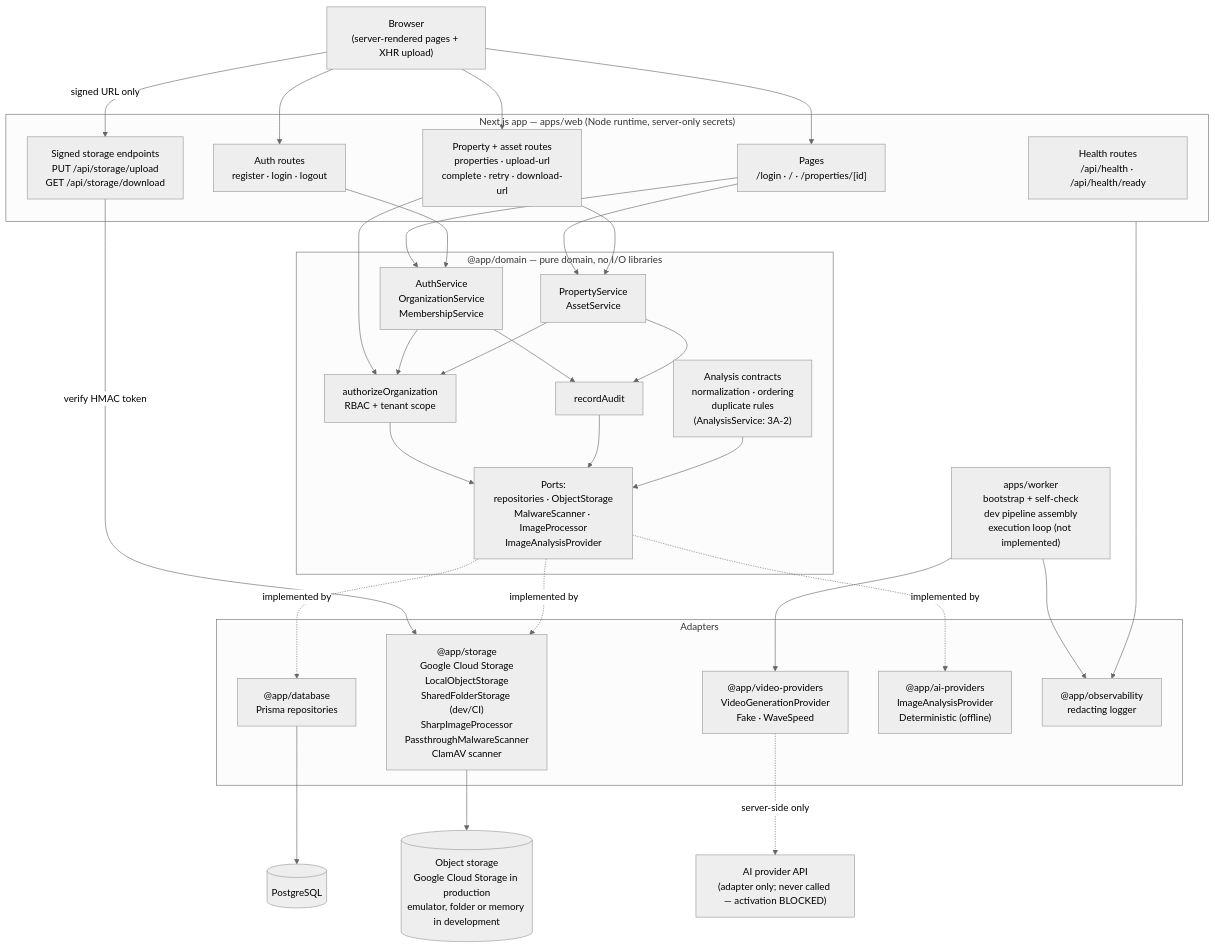
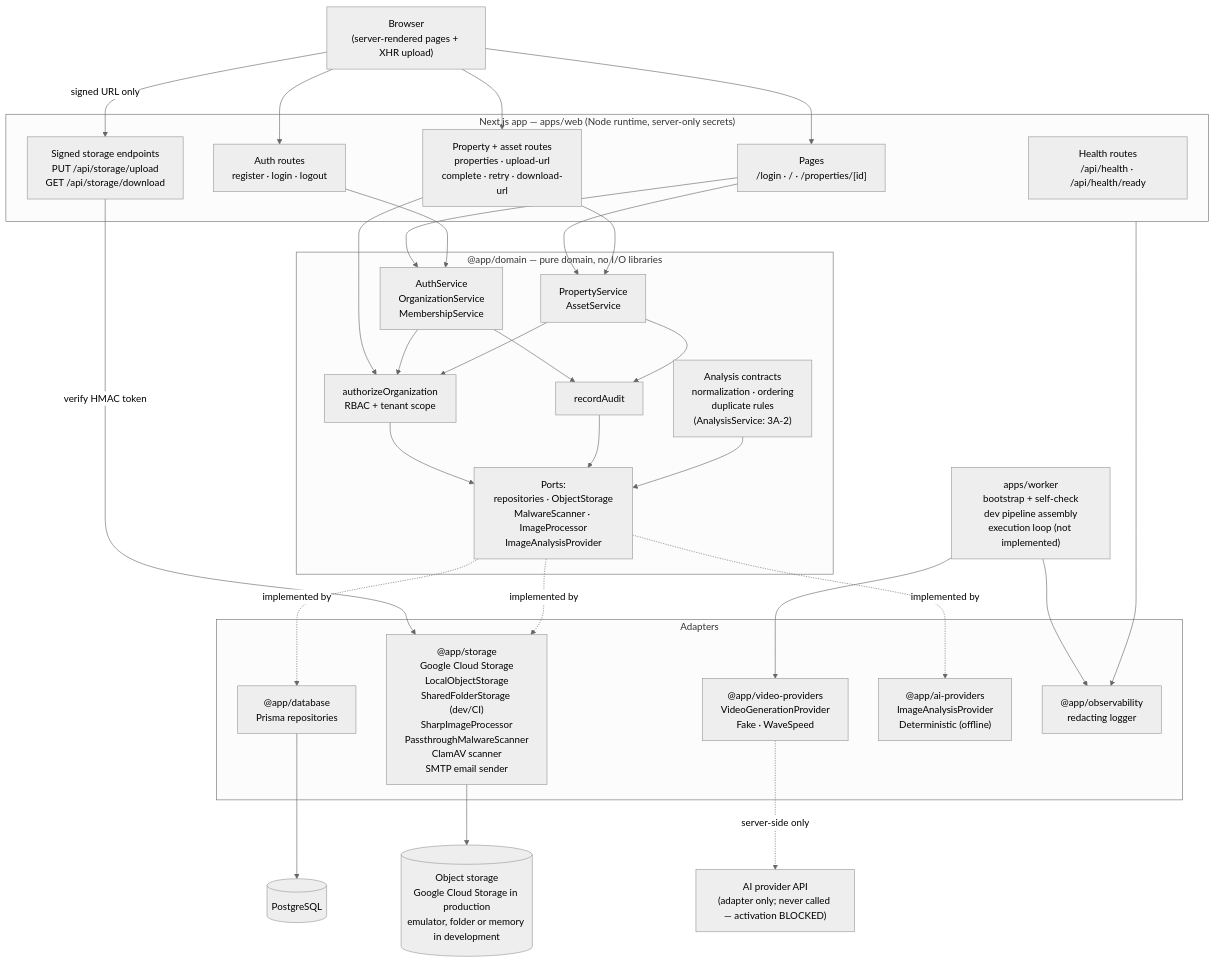
The diagram in docs/architecture.md (TakeTouhu/Real-Estate-Listing-Concept-Video), drawn with Mermaid (neutral theme) before and after one commit. The commit also changed other lines of this file and 24 other files, not shown here.

First line of the commit message:
RD-6d: SMTP in the web app

````diff
--- a/docs/architecture.md
+++ b/docs/architecture.md
@@ -12,66 +12,66 @@
 ```mermaid
 flowchart TB
   browser["Browser<br/>(server-rendered pages + XHR upload)"]
 
   subgraph web["Next.js app — apps/web (Node runtime, server-only secrets)"]
     pages["Pages<br/>/login · / · /properties/[id]"]
     authapi["Auth routes<br/>register · login · logout"]
     propapi["Property + asset routes<br/>properties · upload-url<br/>complete · retry · download-url"]
     storageapi["Signed storage endpoints<br/>PUT /api/storage/upload<br/>GET /api/storage/download"]
     health["Health routes<br/>/api/health · /api/health/ready"]
   end
 
   subgraph domain["@app/domain — pure domain, no I/O libraries"]
     identitysvc["AuthService<br/>OrganizationService<br/>MembershipService"]
     propsvc["PropertyService<br/>AssetService"]
     anasvc["Analysis contracts<br/>normalization · ordering<br/>duplicate rules<br/>(AnalysisService: 3A-2)"]
     authz["authorizeOrganization<br/>RBAC + tenant scope"]
     audit["recordAudit"]
     ports["Ports:<br/>repositories · ObjectStorage<br/>MalwareScanner · ImageProcessor<br/>ImageAnalysisProvider"]
   end
 
   subgraph adapters["Adapters"]
     db["@app/database<br/>Prisma repositories"]
-    store["@app/storage<br/>Google Cloud Storage<br/>LocalObjectStorage<br/>SharedFolderStorage (dev/CI)<br/>SharpImageProcessor<br/>PassthroughMalwareScanner<br/>ClamAV scanner"]
+    store["@app/storage<br/>Google Cloud Storage<br/>LocalObjectStorage<br/>SharedFolderStorage (dev/CI)<br/>SharpImageProcessor<br/>PassthroughMalwareScanner<br/>ClamAV scanner<br/>SMTP email sender"]
     vp["@app/video-providers<br/>VideoGenerationProvider<br/>Fake · WaveSpeed"]
     aip["@app/ai-providers<br/>ImageAnalysisProvider<br/>Deterministic (offline)"]
     obs["@app/observability<br/>redacting logger"]
   end
 
   pg[("PostgreSQL")]
   objects[("Object storage<br/>Google Cloud Storage in production<br/>emulator, folder or memory in development")]
   wavespeed["AI provider API<br/>(adapter only; never called — activation BLOCKED)"]
 
   worker["apps/worker<br/>bootstrap + self-check<br/>dev pipeline assembly<br/>execution loop (not implemented)"]
 
   browser --> pages
   browser --> authapi
   browser --> propapi
   browser -- "signed URL only" --> storageapi
 
   pages --> identitysvc
   pages --> propsvc
   authapi --> identitysvc
   propapi --> propsvc
   propapi --> authz
   storageapi -- "verify HMAC token" --> store
 
   identitysvc --> authz
   propsvc --> authz
   identitysvc --> audit
   propsvc --> audit
   authz --> ports
   audit --> ports
 
   ports -.implemented by.-> db
   ports -.implemented by.-> store
   ports -.implemented by.-> aip
   anasvc --> ports
 
   db --> pg
   store --> objects
   worker --> vp
   vp -.server-side only.-> wavespeed
   web --> obs
   worker --> obs
 ```
````
